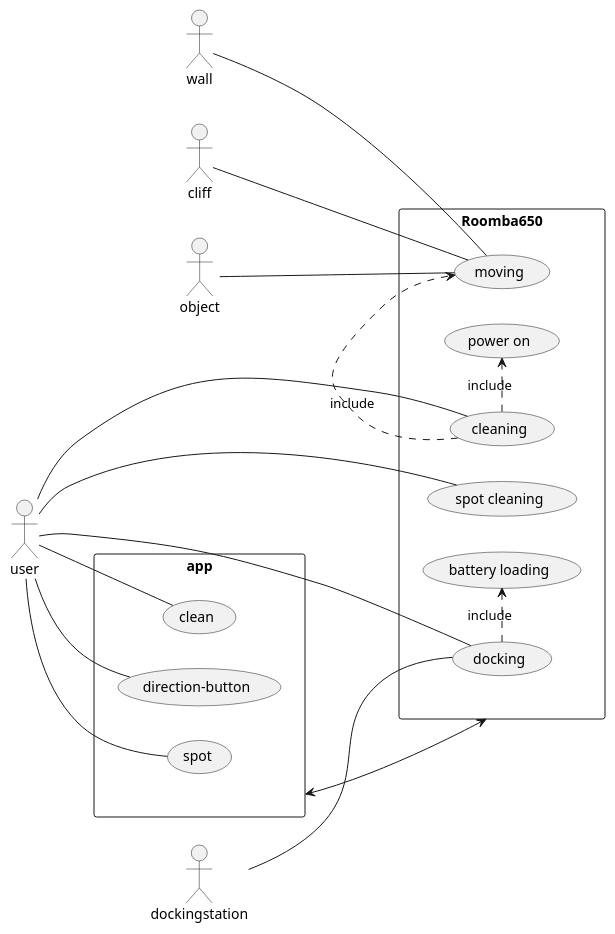
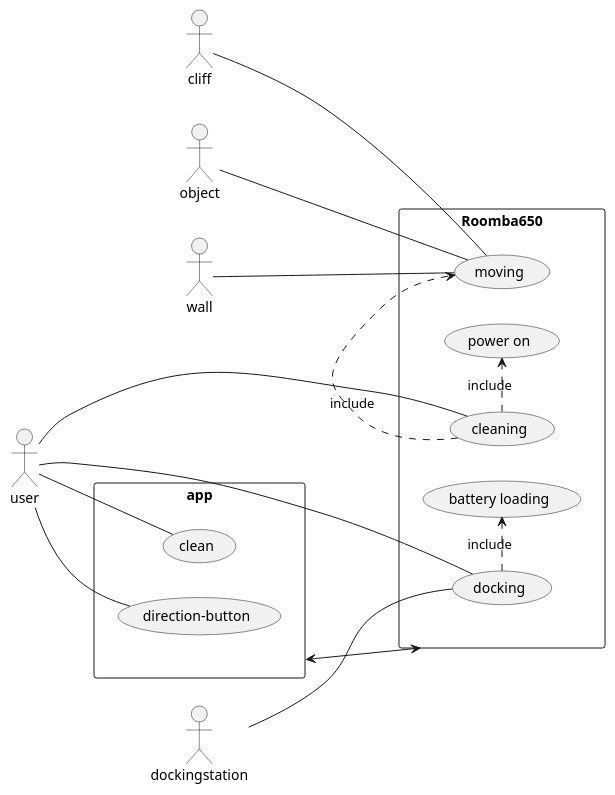
Before and after one commit to VvWijhe/Cleanify: the diagram in UML/use-case.puml, drawn with PlantUML.

```diff
--- a/UML/use-case.puml
+++ b/UML/use-case.puml
@@ -1,40 +1,38 @@
 @startuml
 left to right direction
 
 skinparam packageStyle rectangle
 
 actor wall
 actor cliff
 actor object
 actor user
 actor dockingstation
 
 rectangle Roomba650 {
   object -- (moving)
   cliff -- (moving)
   wall -- (moving)
   ' user -- (power on)
-  user -- (spot cleaning)
   user -- (cleaning)
   user -- (docking)
 
   dockingstation -- (docking)
 
   (cleaning) .> (power on) : include
 
   (cleaning) .> (moving) : include
   (docking) .> (battery loading) : include
 
  ' (cleaning) .> (spot cleaning) : include
 
   ' (docking) .> (battery loading) : extends
 }
 
 rectangle app {
   user -- (clean)
   user -- (direction-button)
-  user -- (spot)
 }
 
 app <--> Roomba650
 @enduml
```
